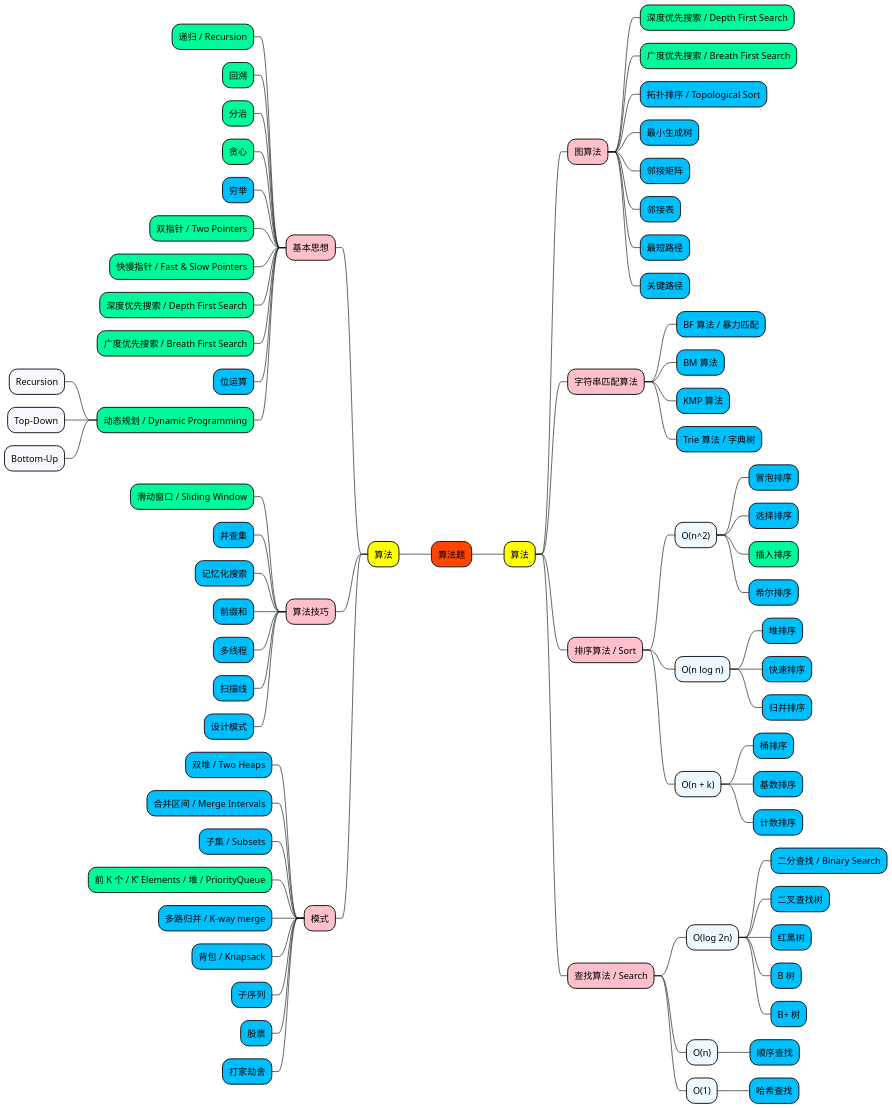
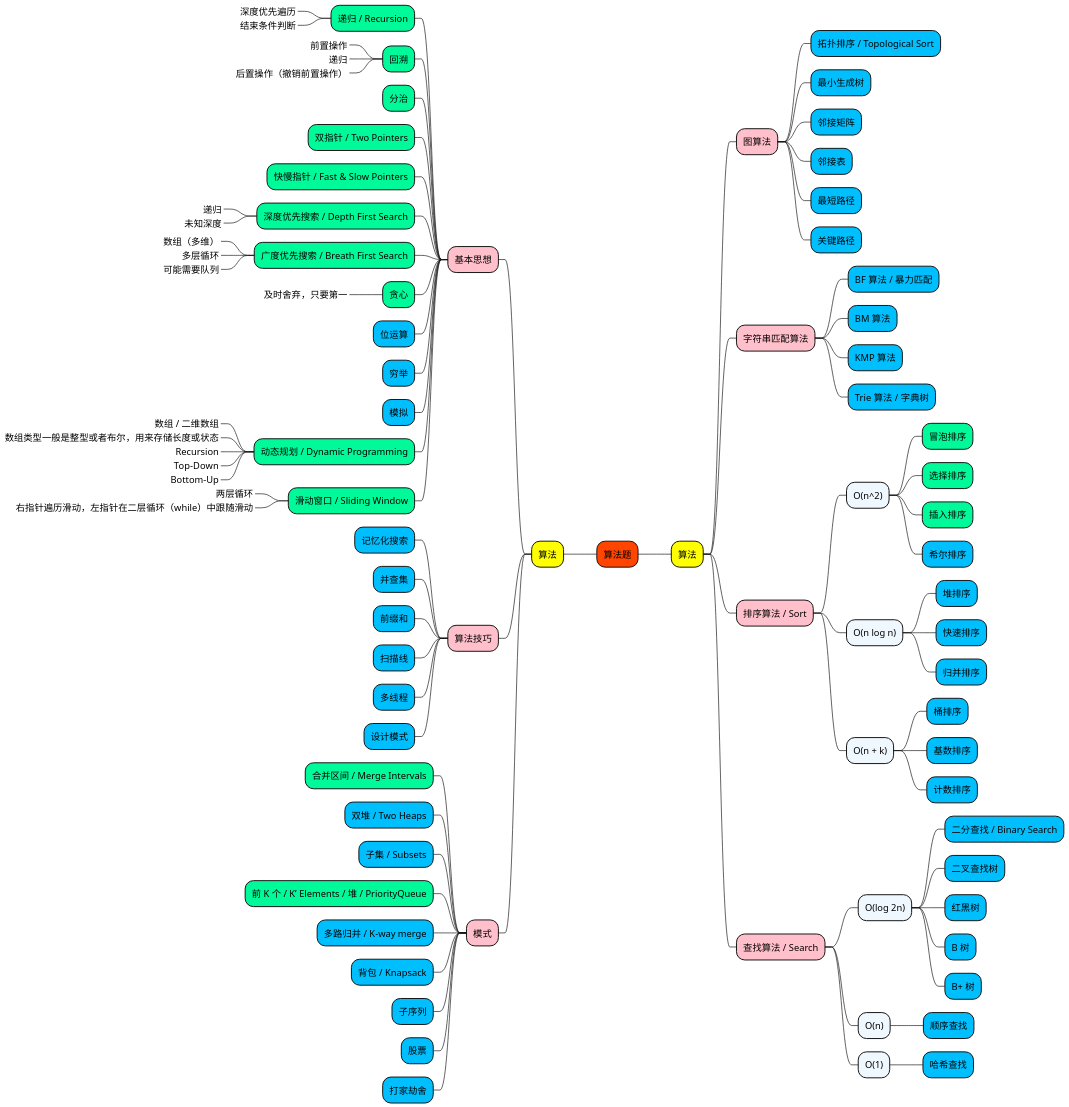
The diagram in 2_note/algorithm/algorithm-problem/AlgorithmProblem-算法.puml (doveg/self-cultivation-of-a-software-engineer), drawn with PlantUML before and after one commit. The commit also changed 1 other file, not shown here.

```diff
--- a/2_note/algorithm/algorithm-problem/AlgorithmProblem-算法.puml
+++ b/2_note/algorithm/algorithm-problem/AlgorithmProblem-算法.puml
@@ -1,102 +1,125 @@
 @startmindmap
 scale 2500 height
 
 +[#OrangeRed] 算法题
 
 --[#yellow] 算法
 
 ---[#Pink] 基本思想
 
 ----[#MediumSpringGreen] 递归 / Recursion
+-----_ 深度优先遍历
+-----_ 结束条件判断
+
 ----[#MediumSpringGreen] 回溯
+-----_ 前置操作
+-----_ 递归
+-----_ 后置操作（撤销前置操作）
+
 ----[#MediumSpringGreen] 分治
-----[#MediumSpringGreen] 贪心
-----[#DeepSkyBlue] 穷举
 ----[#MediumSpringGreen] 双指针 / Two Pointers
 ----[#MediumSpringGreen] 快慢指针 / Fast & Slow Pointers
+
 ----[#MediumSpringGreen] 深度优先搜索 / Depth First Search
+-----_ 递归
+-----_ 未知深度
+
 ----[#MediumSpringGreen] 广度优先搜索 / Breath First Search
+-----_ 数组（多维）
+-----_ 多层循环
+-----_ 可能需要队列
+
+----[#MediumSpringGreen] 贪心
+-----_ 及时舍弃，只要第一
+
 ----[#DeepSkyBlue] 位运算
+----[#DeepSkyBlue] 穷举
+----[#DeepSkyBlue] 模拟
+
 ----[#MediumSpringGreen] 动态规划 / Dynamic Programming
------[#GhostWhite] Recursion
------[#GhostWhite] Top-Down
------[#GhostWhite] Bottom-Up
+-----_ 数组 / 二维数组
+-----_ 数组类型一般是整型或者布尔，用来存储长度或状态
+-----_ Recursion
+-----_ Top-Down
+-----_ Bottom-Up
+
+----[#MediumSpringGreen] 滑动窗口 / Sliding Window
+-----_ 两层循环
+-----_ 右指针遍历滑动，左指针在二层循环（while）中跟随滑动
 
 
 ---[#Pink] 算法技巧
 
-----[#MediumSpringGreen] 滑动窗口 / Sliding Window
+----[#DeepSkyBlue] 记忆化搜索
 ----[#DeepSkyBlue] 并查集
-----[#DeepSkyBlue] 记忆化搜索
 ----[#DeepSkyBlue] 前缀和
+----[#DeepSkyBlue] 扫描线
+
 ----[#DeepSkyBlue] 多线程
-----[#DeepSkyBlue] 扫描线
 ----[#DeepSkyBlue] 设计模式
 
 
 ---[#Pink] 模式
 
+----[#MediumSpringGreen] 合并区间 / Merge Intervals
 ----[#DeepSkyBlue] 双堆 / Two Heaps
-----[#DeepSkyBlue] 合并区间 / Merge Intervals
 ----[#DeepSkyBlue] 子集 / Subsets
 ----[#MediumSpringGreen] 前 K 个 / K’ Elements / 堆 / PriorityQueue
 ----[#DeepSkyBlue] 多路归并 / K-way merge
 ----[#DeepSkyBlue] 背包 / Knapsack
 ----[#DeepSkyBlue] 子序列
 ----[#DeepSkyBlue] 股票
 ----[#DeepSkyBlue] 打家劫舍
 
 
 ++[#yellow] 算法
 
 +++[#Pink] 图算法
 
-++++[#MediumSpringGreen] 深度优先搜索 / Depth First Search
-++++[#MediumSpringGreen] 广度优先搜索 / Breath First Search
 ++++[#DeepSkyBlue] 拓扑排序 / Topological Sort
 ++++[#DeepSkyBlue] 最小生成树
 ++++[#DeepSkyBlue] 邻接矩阵
 ++++[#DeepSkyBlue] 邻接表
 ++++[#DeepSkyBlue] 最短路径
 ++++[#DeepSkyBlue] 关键路径
 
 +++[#Pink] 字符串匹配算法
 
 ++++[#DeepSkyBlue] BF 算法 / 暴力匹配
 ++++[#DeepSkyBlue] BM 算法
 ++++[#DeepSkyBlue] KMP 算法
 ++++[#DeepSkyBlue] Trie 算法 / 字典树
 
 +++[#Pink] 排序算法 / Sort
 
 ++++[#AliceBlue] O(n^2)
-+++++[#DeepSkyBlue] 冒泡排序
-+++++[#DeepSkyBlue] 选择排序
++++++[#MediumSpringGreen] 冒泡排序
++++++[#MediumSpringGreen] 选择排序
 +++++[#MediumSpringGreen] 插入排序
 +++++[#DeepSkyBlue] 希尔排序
 ++++[#AliceBlue] O(n log n)
 +++++[#DeepSkyBlue] 堆排序
 +++++[#DeepSkyBlue] 快速排序
 +++++[#DeepSkyBlue] 归并排序
 ++++[#AliceBlue] O(n + k)
 +++++[#DeepSkyBlue] 桶排序
 +++++[#DeepSkyBlue] 基数排序
 +++++[#DeepSkyBlue] 计数排序
 
 +++[#Pink] 查找算法 / Search
 
 ++++[#AliceBlue] O(log 2n)
 +++++[#DeepSkyBlue] 二分查找 / Binary Search
 +++++[#DeepSkyBlue] 二叉查找树
 +++++[#DeepSkyBlue] 红黑树
 +++++[#DeepSkyBlue] B 树
 +++++[#DeepSkyBlue] B+ 树
 ++++[#AliceBlue] O(n)
 +++++[#DeepSkyBlue] 顺序查找
 ++++[#AliceBlue] O(1)
 +++++[#DeepSkyBlue] 哈希查找
 
 
 
 
 @endmindmap
```
